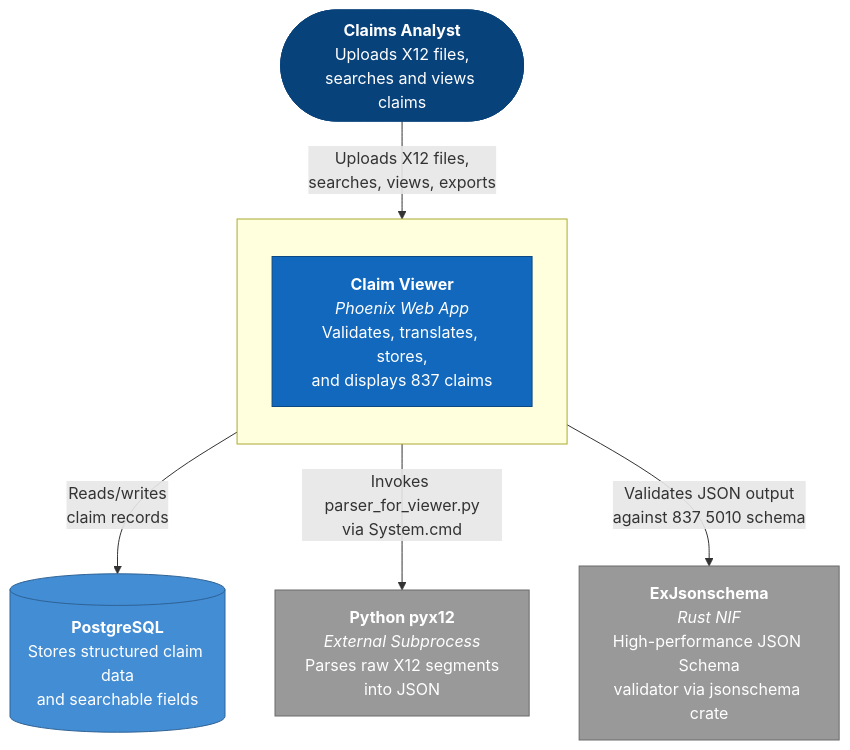
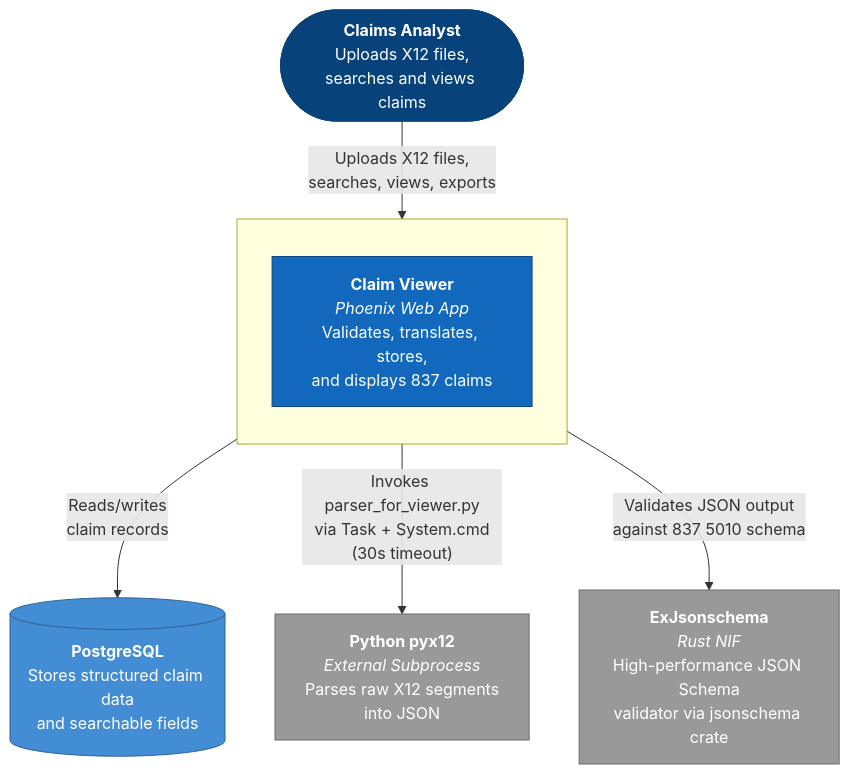
Before and after one commit to nagashi/X12-Claims-Translator-Viewer: the first of 6 diagrams in README.md, drawn with Mermaid. The commit also changed other lines of this file, not shown here.

Commit message:
Overhauled Architecture & ran Property based tests

````diff
--- a/README.md
+++ b/README.md
@@ -40,24 +110,24 @@
 ```mermaid
 flowchart TB
     user(["<b>Claims Analyst</b><br/>Uploads X12 files,<br/>searches and views claims"])
 
     subgraph boundary [" "]
         direction TB
         claimviewer["<b>Claim Viewer</b><br/><i>Phoenix Web App</i><br/>Validates, translates, stores,<br/>and displays 837 claims"]
     end
 
     postgres[("<b>PostgreSQL</b><br/>Stores structured claim data<br/>and searchable fields")]
     python["<b>Python pyx12</b><br/><i>External Subprocess</i><br/>Parses raw X12 segments<br/>into JSON"]
     rust["<b>ExJsonschema</b><br/><i>Rust NIF</i><br/>High-performance JSON Schema<br/>validator via jsonschema crate"]
 
     user -->|"Uploads X12 files,<br/>searches, views, exports"| claimviewer
     claimviewer -->|"Reads/writes<br/>claim records"| postgres
-    claimviewer -->|"Invokes parser_for_viewer.py<br/>via System.cmd"| python
+    claimviewer -->|"Invokes parser_for_viewer.py<br/>via Task + System.cmd<br/>(30s timeout)"| python
     claimviewer -->|"Validates JSON output<br/>against 837 5010 schema"| rust
 
     style user fill:#08427b,color:#fff,stroke:#08427b
     style claimviewer fill:#1168bd,color:#fff,stroke:#0b4884
     style postgres fill:#438dd5,color:#fff,stroke:#2e6295
     style python fill:#999,color:#fff,stroke:#6b6b6b
     style rust fill:#999,color:#fff,stroke:#6b6b6b
 ```
````
